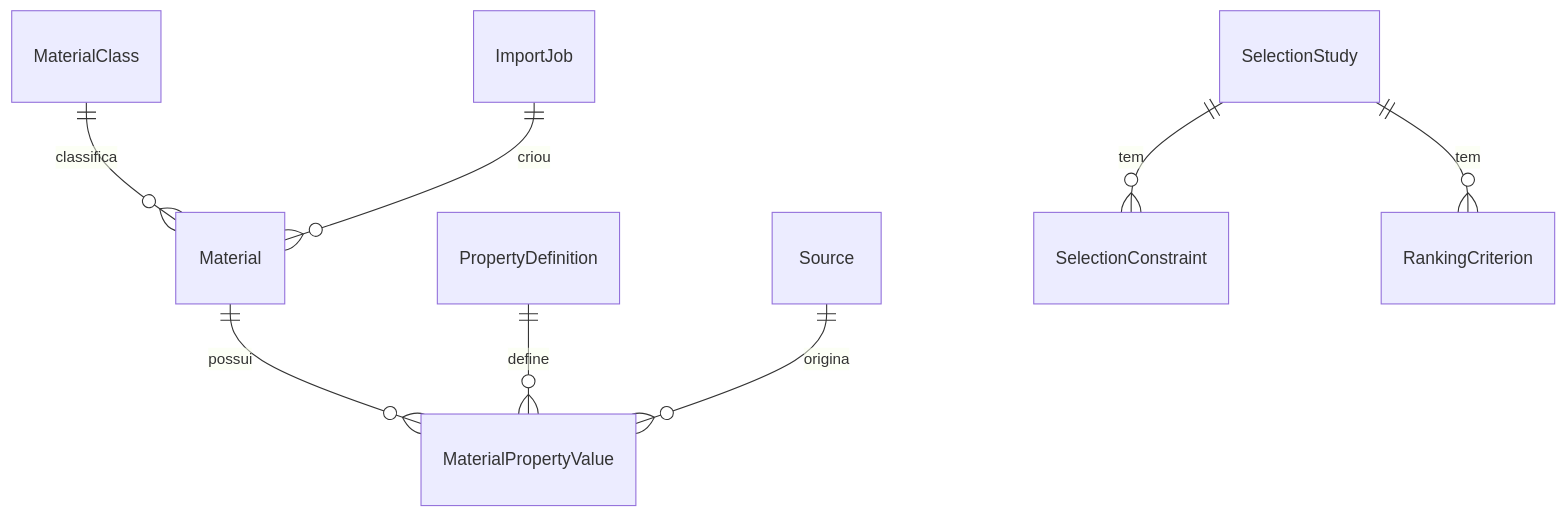
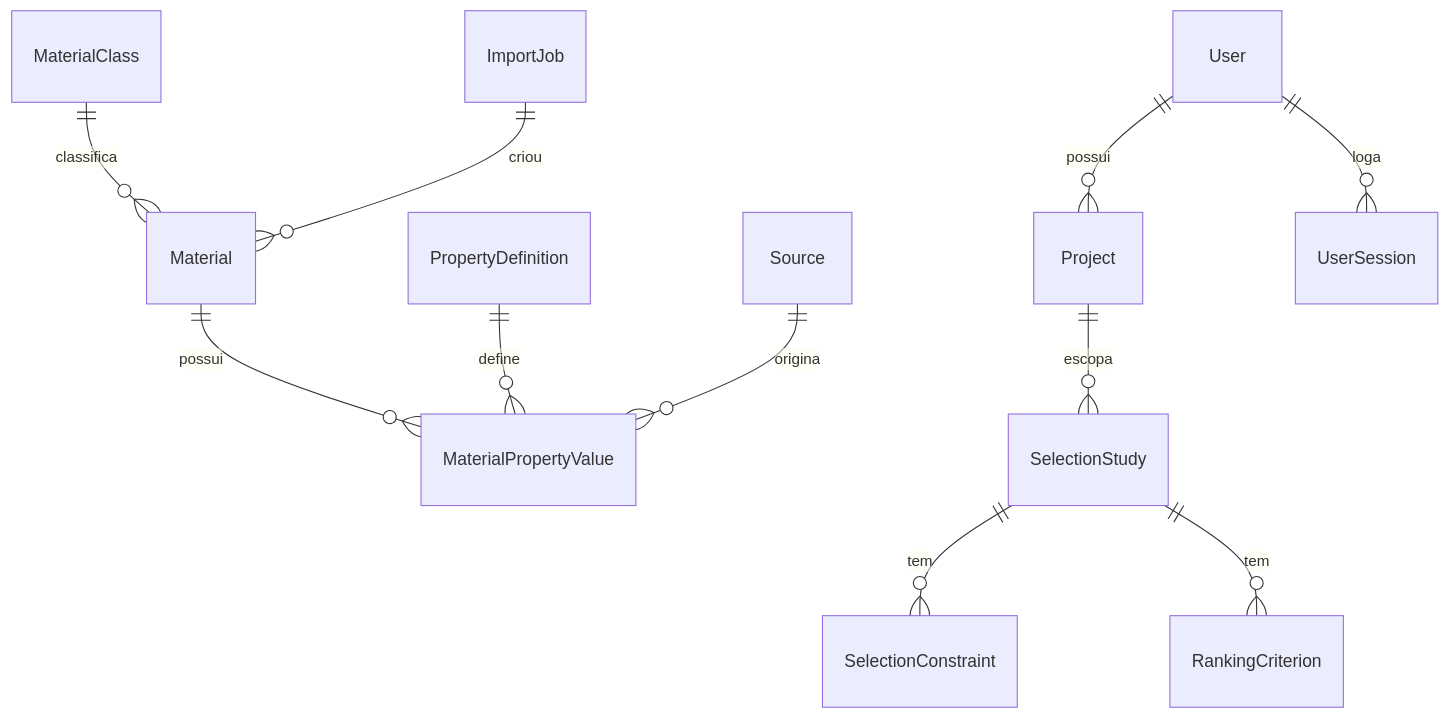
One commit to Streeft/MaterialSelect-AI changed the seventh of 8 diagrams in docs/ARCHITECTURE.md. Above: the diagram before and after it, drawn with Mermaid. The commit also changed other lines of this file and 5 other files, not shown here.

````diff
--- a/docs/ARCHITECTURE.md
+++ b/docs/ARCHITECTURE.md
@@ -272,10 +272,13 @@
 ```mermaid
 erDiagram
   MaterialClass ||--o{ Material : classifica
   Material ||--o{ MaterialPropertyValue : possui
   PropertyDefinition ||--o{ MaterialPropertyValue : define
   Source ||--o{ MaterialPropertyValue : origina
   ImportJob ||--o{ Material : criou
+  User ||--o{ Project : possui
+  User ||--o{ UserSession : loga
+  Project ||--o{ SelectionStudy : escopa
   SelectionStudy ||--o{ SelectionConstraint : tem
   SelectionStudy ||--o{ RankingCriterion : tem
 ```
````
